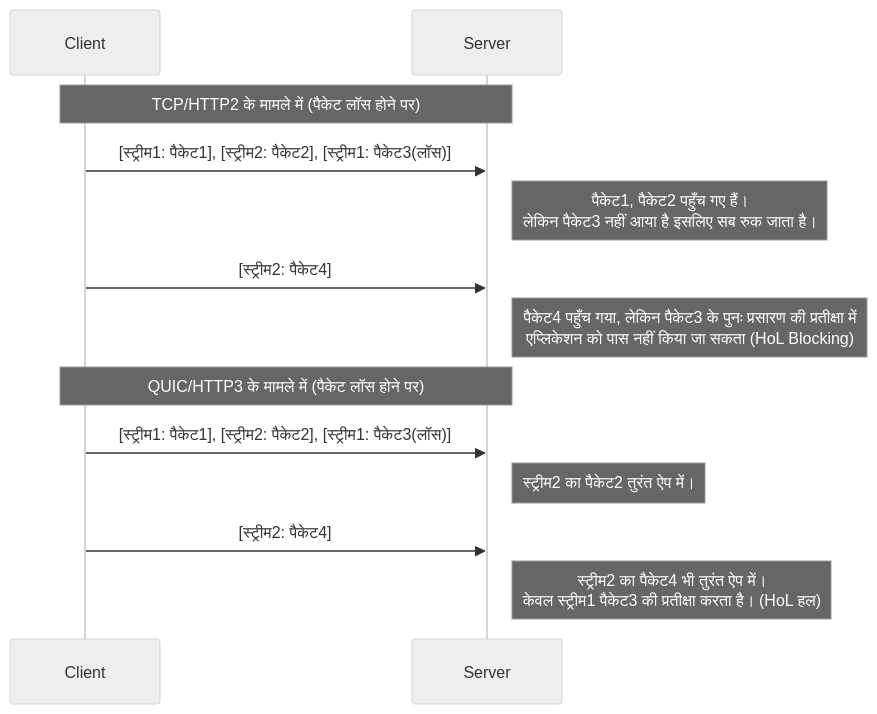
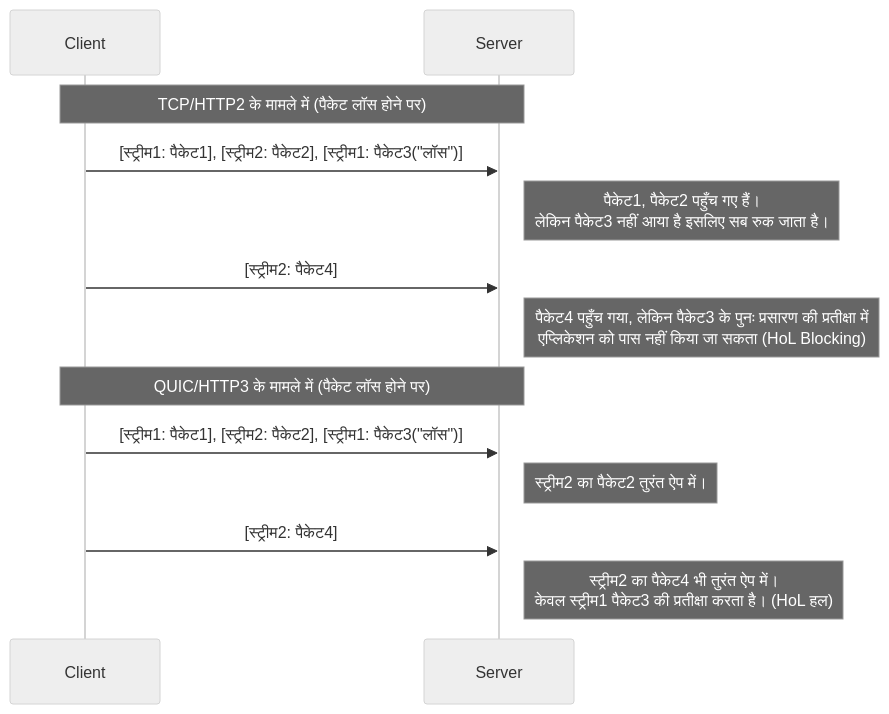
One commit to kenjinote/blog changed the third of 4 diagrams in content/post/http3-quic-protocol-tcp-udp/index.hi.md. Above: the diagram before and after it, drawn with Mermaid (neutral theme). The commit also changed 929 other files, not shown here.

Commit message:
fix: Add double quotes to all Mermaid node texts to resolve syntax errors

````diff
--- a/content/post/http3-quic-protocol-tcp-udp/index.hi.md
+++ b/content/post/http3-quic-protocol-tcp-udp/index.hi.md
@@ -143,17 +143,17 @@
 ```mermaid
 sequenceDiagram
     participant Client
     participant Server
     
     Note over Client, Server: TCP/HTTP2 के मामले में (पैकेट लॉस होने पर)
-    Client->>Server: [स्ट्रीम1: पैकेट1], [स्ट्रीम2: पैकेट2], [स्ट्रीम1: पैकेट3(लॉस)]
+    Client->>Server: [स्ट्रीम1: पैकेट1], [स्ट्रीम2: पैकेट2], [स्ट्रीम1: पैकेट3("लॉस")]
     Note right of Server: पैकेट1, पैकेट2 पहुँच गए हैं।<br/>लेकिन पैकेट3 नहीं आया है इसलिए सब रुक जाता है।
     Client->>Server: [स्ट्रीम2: पैकेट4]
     Note right of Server: पैकेट4 पहुँच गया, लेकिन पैकेट3 के पुनः प्रसारण की प्रतीक्षा में<br/>एप्लिकेशन को पास नहीं किया जा सकता (HoL Blocking)
     
     Note over Client, Server: QUIC/HTTP3 के मामले में (पैकेट लॉस होने पर)
-    Client->>Server: [स्ट्रीम1: पैकेट1], [स्ट्रीम2: पैकेट2], [स्ट्रीम1: पैकेट3(लॉस)]
+    Client->>Server: [स्ट्रीम1: पैकेट1], [स्ट्रीम2: पैकेट2], [स्ट्रीम1: पैकेट3("लॉस")]
     Note right of Server: स्ट्रीम2 का पैकेट2 तुरंत ऐप में।
     Client->>Server: [स्ट्रीम2: पैकेट4]
     Note right of Server: स्ट्रीम2 का पैकेट4 भी तुरंत ऐप में।<br/>केवल स्ट्रीम1 पैकेट3 की प्रतीक्षा करता है। (HoL हल)
 ```
````
